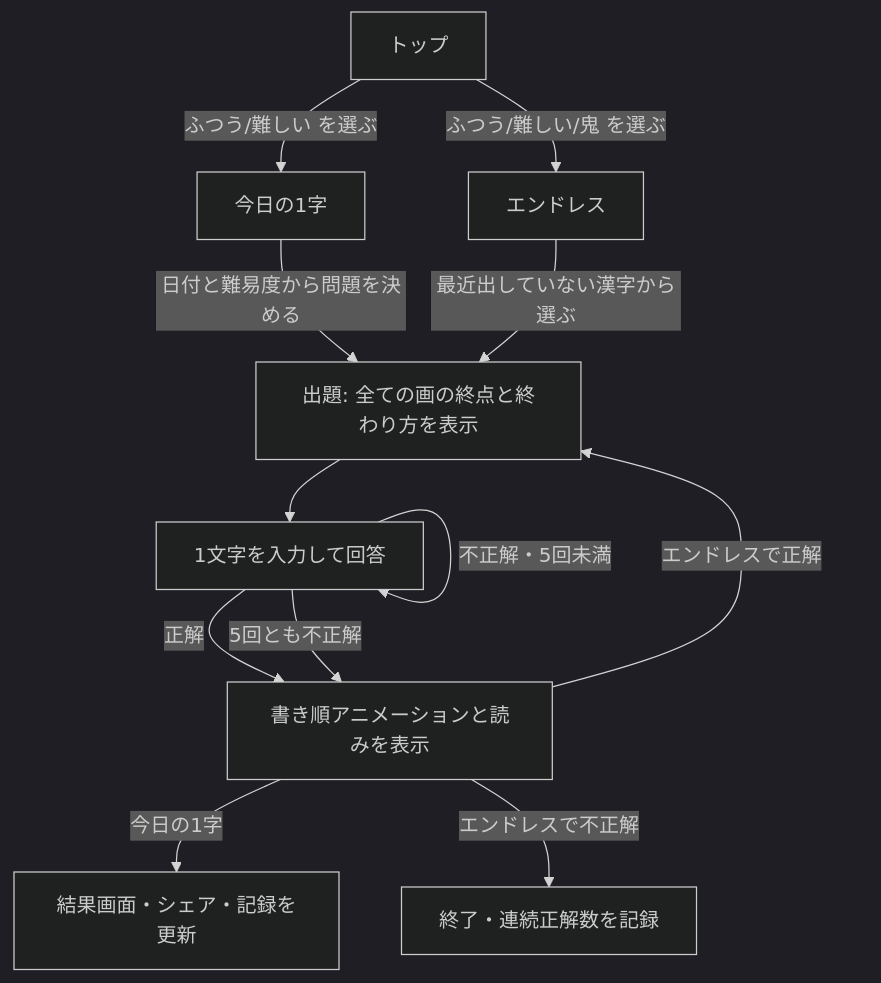
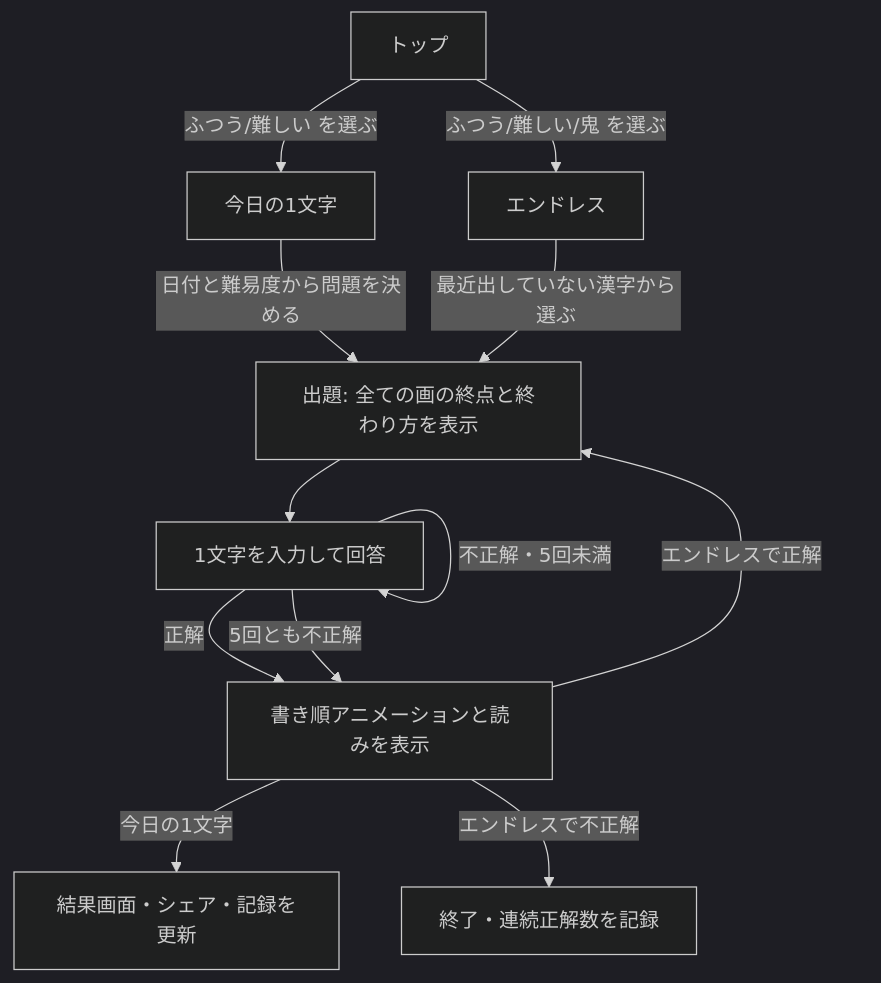
One commit to ur0o/nazotte-kanji changed the diagram in specification/01-purpose-and-features.md. Above: the diagram before and after it, drawn with Mermaid (dark theme). The commit also changed other lines of this file and 13 other files, not shown here.

First line of the commit message:
Rename the daily mode to 今日の1文字

````diff
--- a/specification/01-purpose-and-features.md
+++ b/specification/01-purpose-and-features.md
@@ -67,14 +67,14 @@
 ```mermaid
 flowchart TD
-    Top[トップ] -->|ふつう/難しい を選ぶ| Daily[今日の1字]
+    Top[トップ] -->|ふつう/難しい を選ぶ| Daily[今日の1文字]
     Top -->|ふつう/難しい/鬼 を選ぶ| Endless[エンドレス]
     Daily -->|日付と難易度から問題を決める| Play
     Endless -->|最近出していない漢字から選ぶ| Play
     Play[出題: 全ての画の終点と終わり方を表示] --> Answer[1文字を入力して回答]
     Answer -->|正解| Reveal[書き順アニメーションと読みを表示]
     Answer -->|不正解・5回未満| Answer
     Answer -->|5回とも不正解| Reveal
-    Reveal -->|今日の1字| Result[結果画面・シェア・記録を更新]
+    Reveal -->|今日の1文字| Result[結果画面・シェア・記録を更新]
     Reveal -->|エンドレスで正解| Play
     Reveal -->|エンドレスで不正解| GameOver[終了・連続正解数を記録]
 ```
````
